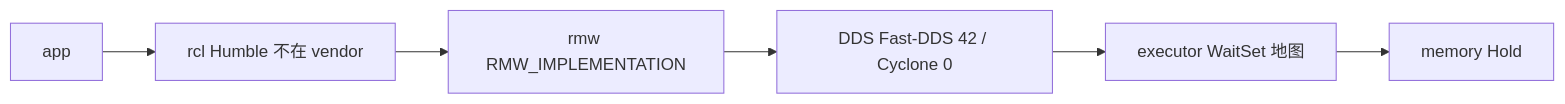
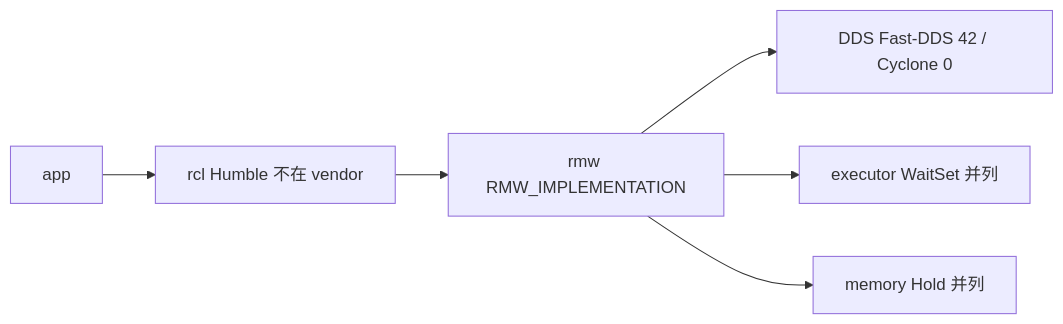
One commit to topsun-bot/ros2_hzj changed the diagram in docs/architecture/feishu-sink-layers.md. Above: the diagram before and after it, drawn with Mermaid. The commit also changed other lines of this file and 1 other file, not shown here.

````diff
--- a/docs/architecture/feishu-sink-layers.md
+++ b/docs/architecture/feishu-sink-layers.md
@@ -41,8 +41,8 @@
 ```mermaid
 flowchart LR
   app["app"] --> rcl["rcl Humble 不在 vendor"]
   rcl --> rmw["rmw RMW_IMPLEMENTATION"]
   rmw --> dds["DDS Fast-DDS 42 / Cyclone 0"]
-  dds --> exec["executor WaitSet 地图"]
-  exec --> mem["memory Hold"]
+  rmw --> exec["executor WaitSet 并列"]
+  rmw --> mem["memory Hold 并列"]
 ```
````
